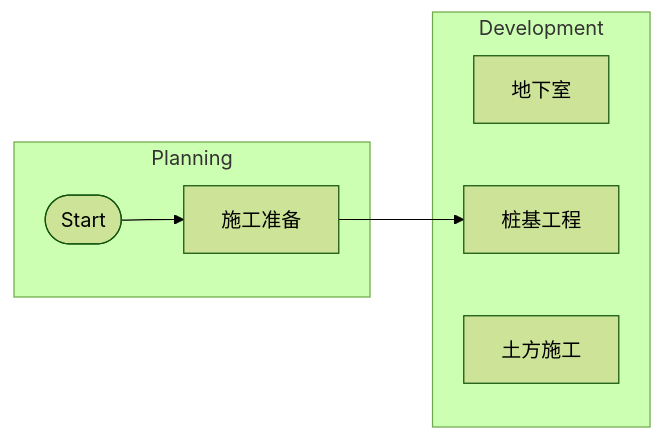
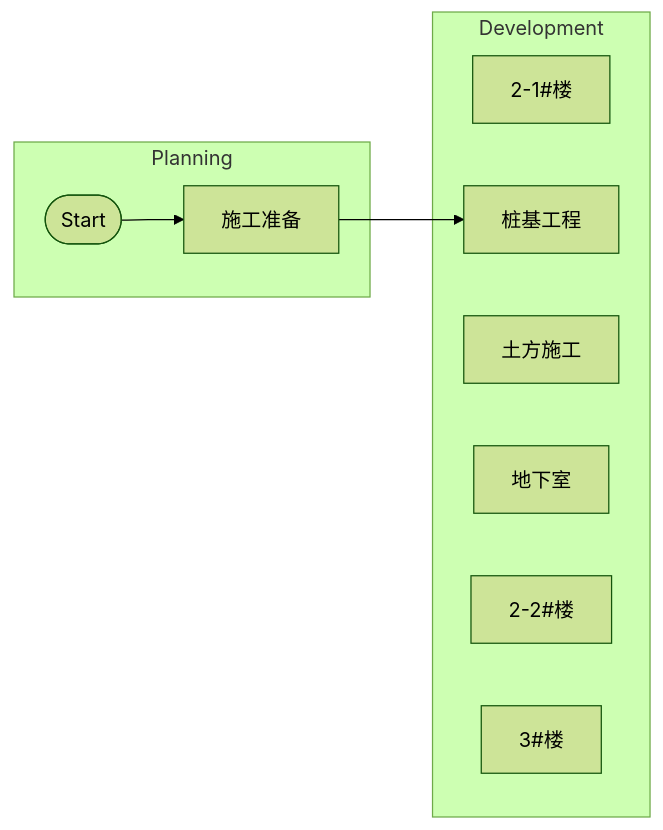
Before and after one commit to fireflysss/mermaid-notes: the diagram in mmd/未命名_2da8a248-5e7c-4cac-a3bc-d011776074b9.mmd, drawn with Mermaid (forest theme). The commit also changed 3 other files, not shown here.

Commit message:
Sync Mermaid Studio data (18 diagrams)

```diff
--- a/mmd/未命名_2da8a248-5e7c-4cac-a3bc-d011776074b9.mmd
+++ b/mmd/未命名_2da8a248-5e7c-4cac-a3bc-d011776074b9.mmd
@@ -1,12 +1,15 @@
 flowchart LR
   subgraph lane_0["Planning"]
     t_0(["Start"])
     t_1["施工准备"]
   end
   subgraph lane_1["Development"]
-    t_2["地下室"]
+    t_2["2-1#楼"]
     t_3["桩基工程"]
     t_4["土方施工"]
+    t_5["地下室"]
+    t_6["2-2#楼"]
+    t_7["3#楼"]
   end
   t_0 --> t_1
   t_1 --> t_3
```
